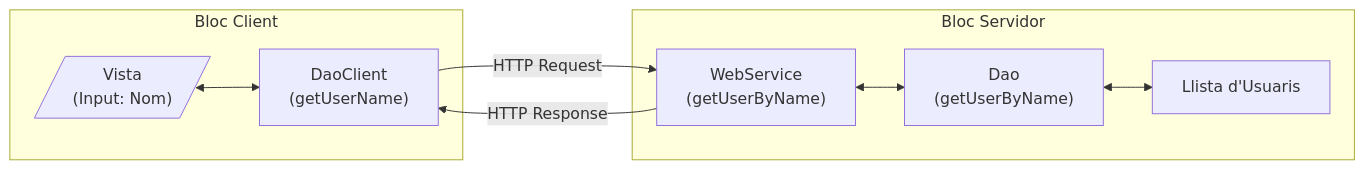
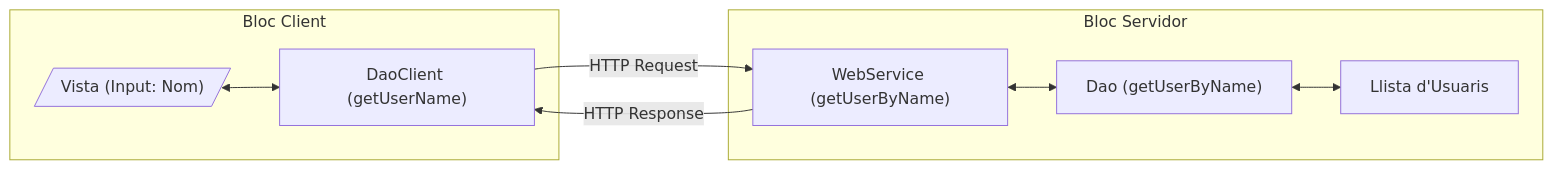
The diagram in diagrama_prototip1.mermaid (AlanSuer/entorns67), drawn with Mermaid before and after one commit. The commit also changed 1 other file, not shown here.

```diff
--- a/diagrama_prototip1.mermaid
+++ b/diagrama_prototip1.mermaid
@@ -1,20 +1,20 @@
 flowchart LR
     subgraph Client["Bloc Client"]
-        Vista[/"Vista\n(Input: Nom)"/]
-        DaoClient["DaoClient\n(getUserName)"]
+        Vista[/"Vista (Input: Nom)"/]
+        DaoClient["DaoClient (getUserName)"]
         
         Vista <--> DaoClient
     end
 
     DaoClient -- "HTTP Request" --> WebService
 
     subgraph Server["Bloc Servidor"]
-        WebService["WebService\n(getUserByName)"]
-        Dao["Dao\n(getUserByName)"]
+        WebService["WebService (getUserByName)"]
+        Dao["Dao (getUserByName)"]
         DataStore["Llista d'Usuaris"]
         
         WebService <--> Dao
         Dao <--> DataStore
     end
 
     WebService -- "HTTP Response" --> DaoClient
```
